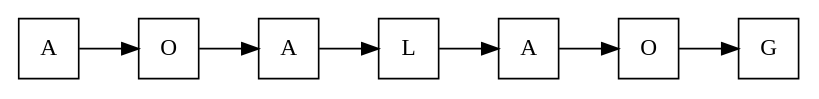
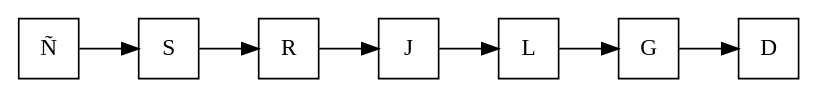
The diagram in Ltrs_Silvia.dot (AhiezerRamirez/EDD_1S2020_PY1_201709062), drawn with Graphviz before and after one commit. The commit also changed 33 other files, not shown here.

```diff
--- a/Ltrs_Silvia.dot
+++ b/Ltrs_Silvia.dot
@@ -1,11 +1,11 @@
 digraph G {node [shape = square]; 
  graph [rankdir=LR]; 
-nodo0[label= "A"];
-nodo1[label= "O"];
-nodo2[label= "A"];
-nodo3[label= "L"];
-nodo4[label= "A"];
-nodo5[label= "O"];
-nodo6[label= "G"];
+nodo0[label= "Ñ"];
+nodo1[label= "S"];
+nodo2[label= "R"];
+nodo3[label= "J"];
+nodo4[label= "L"];
+nodo5[label= "G"];
+nodo6[label= "D"];
 nodo0 -> nodo1 -> nodo2 -> nodo3 -> nodo4 -> nodo5 -> nodo6 
 }
```
